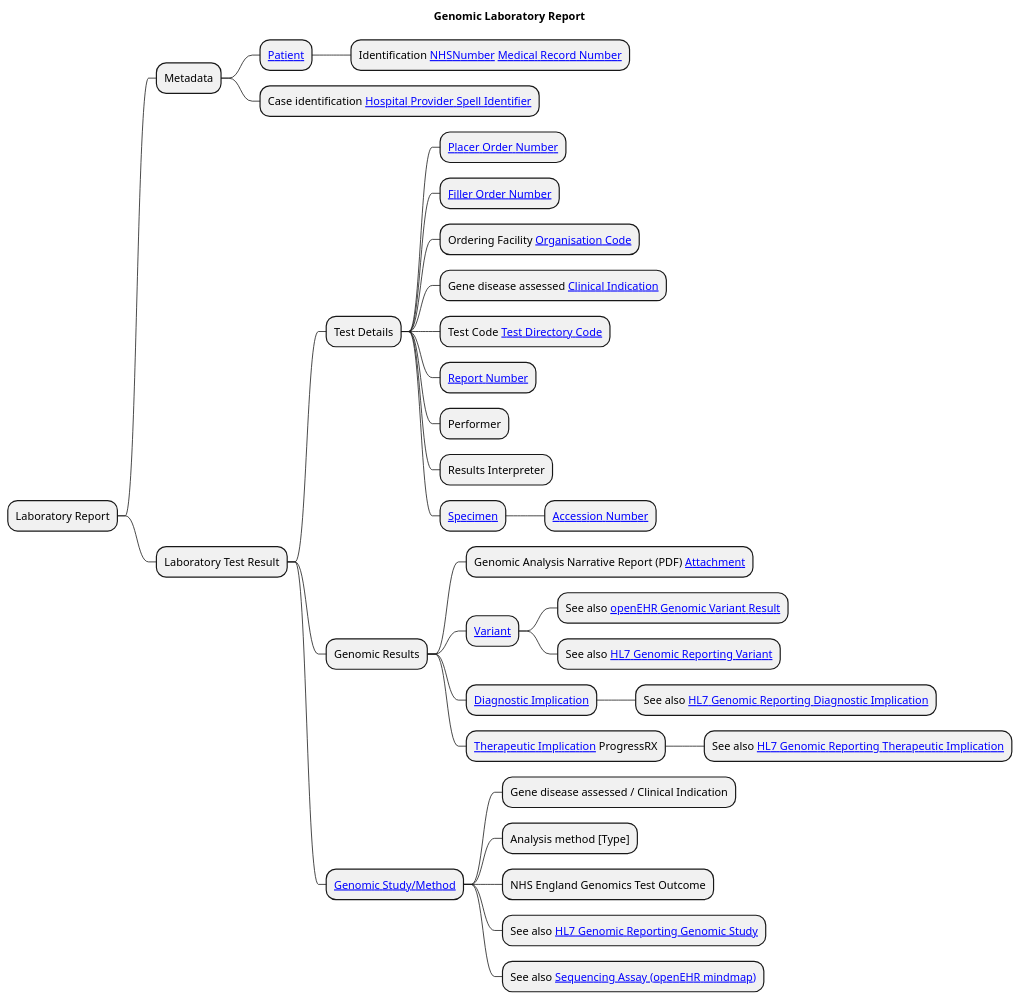
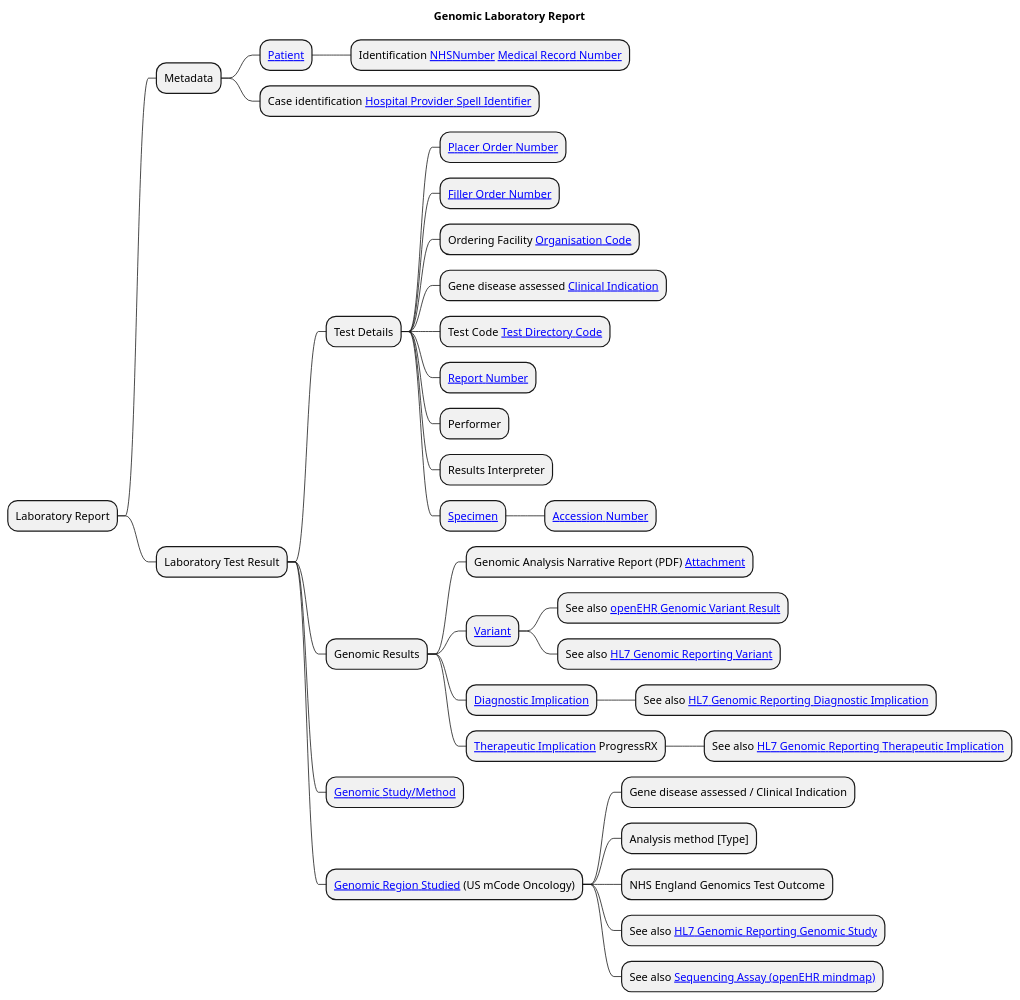
One commit to uk-gov-mirror/nw-gmsa.nw-gmsa.github.com changed the diagram in input/images-source/LaboratoryReport-mindmap.plantuml. Above: the diagram before and after it, drawn with PlantUML. The commit also changed 1 other file, not shown here.

```diff
--- a/input/images-source/LaboratoryReport-mindmap.plantuml
+++ b/input/images-source/LaboratoryReport-mindmap.plantuml
@@ -1,38 +1,39 @@
 @startmindmap
 
 title "Genomic Laboratory Report"
 
 * Laboratory Report
 ** Metadata
 *** [[StructureDefinition-Patient.html Patient]]
 **** Identification [[StructureDefinition-NHSNumber.html NHSNumber]] [[StructureDefinition-MedicalRecordNumber.html Medical Record Number]]
 *** Case identification [[StructureDefinition-HospitalProviderSpellIdentifier.html Hospital Provider Spell Identifier]]
 ** Laboratory Test Result
 *** Test Details
 **** [[StructureDefinition-PlacerOrderNumber.html Placer Order Number]]
 **** [[StructureDefinition-FillerOrderNumber.html Filler Order Number]]
 **** Ordering Facility [[StructureDefinition-OrganisationCode.html Organisation Code]]
 **** Gene disease assessed [[CodeSystem-GenomicClinicalIndication.html Clinical Indication]]
 **** Test Code [[CodeSystem-GenomicTestCode.html Test Directory Code]]
 **** [[StructureDefinition-ReportNumber.html Report Number]]
 **** Performer
 **** Results Interpreter
 **** [[StructureDefinition-Specimen.html Specimen]]
 ***** [[StructureDefinition-AccessionNumber.html Accession Number]]
 *** Genomic Results
 **** Genomic Analysis Narrative Report (PDF) [[StructureDefinition-NWAttachment.html Attachment]]
 **** [[StructureDefinition-Observation-Variant.html Variant]]
 ***** See also [[https://ckm.openehr.org/ckm/archetypes/1013.1.3759/mindmap openEHR Genomic Variant Result]]
 ***** See also [[https://build.fhir.org/ig/HL7/genomics-reporting/StructureDefinition-variant.html HL7 Genomic Reporting Variant]]
 **** [[StructureDefinition-Observation-DiagnosticImplication.html Diagnostic Implication]]
 ***** See also [[https://build.fhir.org/ig/HL7/genomics-reporting/StructureDefinition-diagnostic-implication.html HL7 Genomic Reporting Diagnostic Implication]]
 **** [[StructureDefinition-Observation-TherapeuticImplication.html Therapeutic Implication]] ProgressRX
 ***** See also [[https://build.fhir.org/ig/HL7/genomics-reporting/StructureDefinition-therapeutic-implication.html HL7 Genomic Reporting Therapeutic Implication]]
 *** [[StructureDefinition-Procedure-GenomicStudy.html Genomic Study/Method]]
+*** [[https://build.fhir.org/ig/HL7/fhir-mCODE-ig/StructureDefinition-mcode-genomic-region-studied.html Genomic Region Studied]] (US mCode Oncology)
 **** Gene disease assessed / Clinical Indication
 **** Analysis method [Type]
 **** NHS England Genomics Test Outcome
 **** See also [[https://build.fhir.org/ig/HL7/genomics-reporting/StructureDefinition-genomic-study.html HL7 Genomic Reporting Genomic Study]]
 **** See also [[https://ckm.openehr.org/ckm/archetypes/1013.1.4256/mindmap Sequencing Assay (openEHR mindmap)]]
 
 @endmindmap
```
